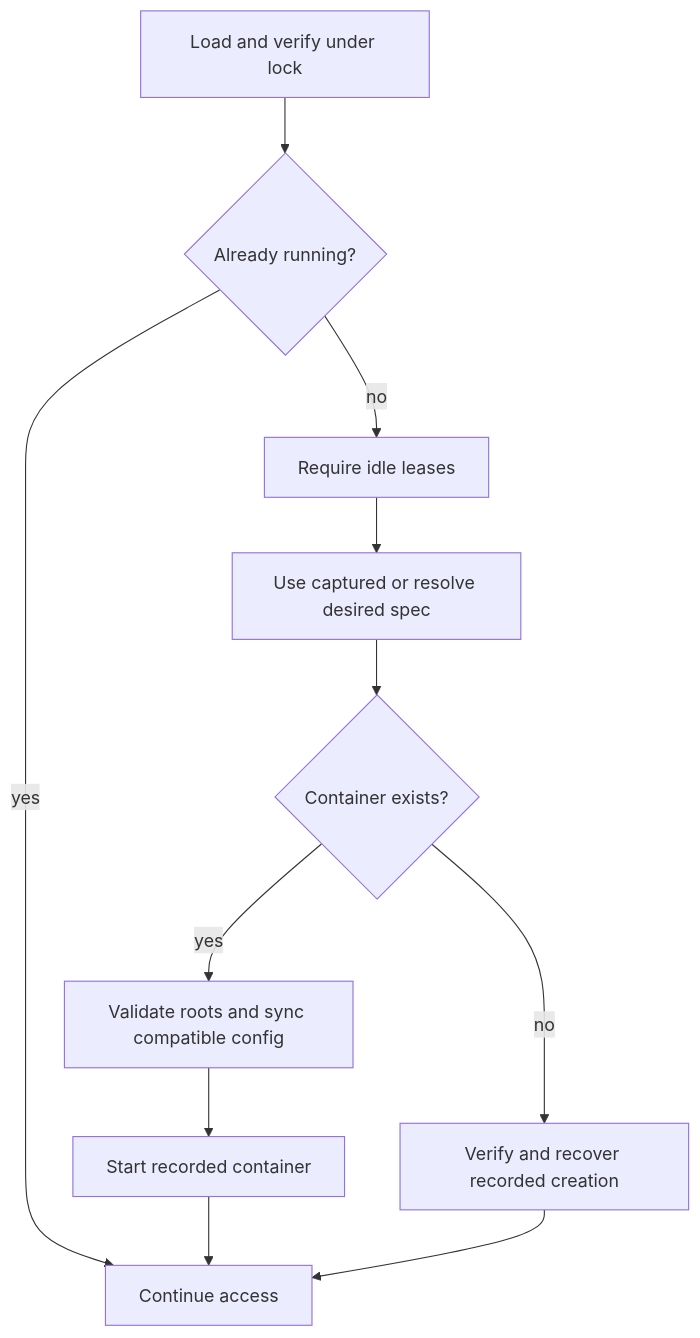
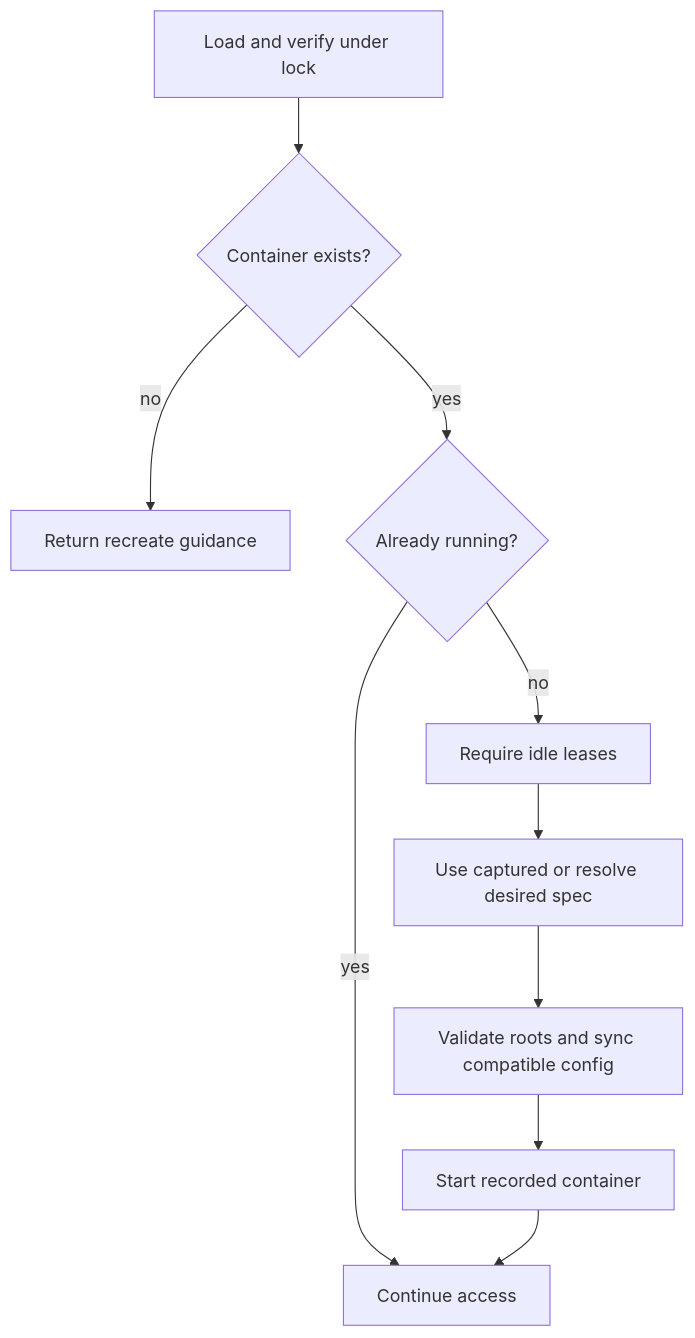
Before and after one commit to pip12345/devbox-neo: the third of 4 diagrams in docs/src/architecture/lifecycle.md, drawn with Mermaid. The commit also changed other lines of this file and 84 other files, not shown here.

````diff
--- a/docs/src/architecture/lifecycle.md
+++ b/docs/src/architecture/lifecycle.md
@@ -83,13 +83,12 @@
 ```mermaid
 flowchart TD
-    LOCK[Load and verify under lock] --> RUN{Already running?}
+    LOCK[Load and verify under lock] --> EXISTS{Container exists?}
+    EXISTS -->|no| ERROR[Return recreate guidance]
+    EXISTS -->|yes| RUN{Already running?}
     RUN -->|yes| ACCESS[Continue access]
     RUN -->|no| IDLE[Require idle leases]
     IDLE --> RES[Use captured or resolve desired spec]
-    RES --> EXISTS{Container exists?}
-    EXISTS -->|yes| SYNC[Validate roots and sync compatible config]
+    RES --> SYNC[Validate roots and sync compatible config]
     SYNC --> START[Start recorded container]
-    EXISTS -->|no| RECOVER[Verify and recover recorded creation]
     START --> ACCESS
-    RECOVER --> ACCESS
 ```
````
